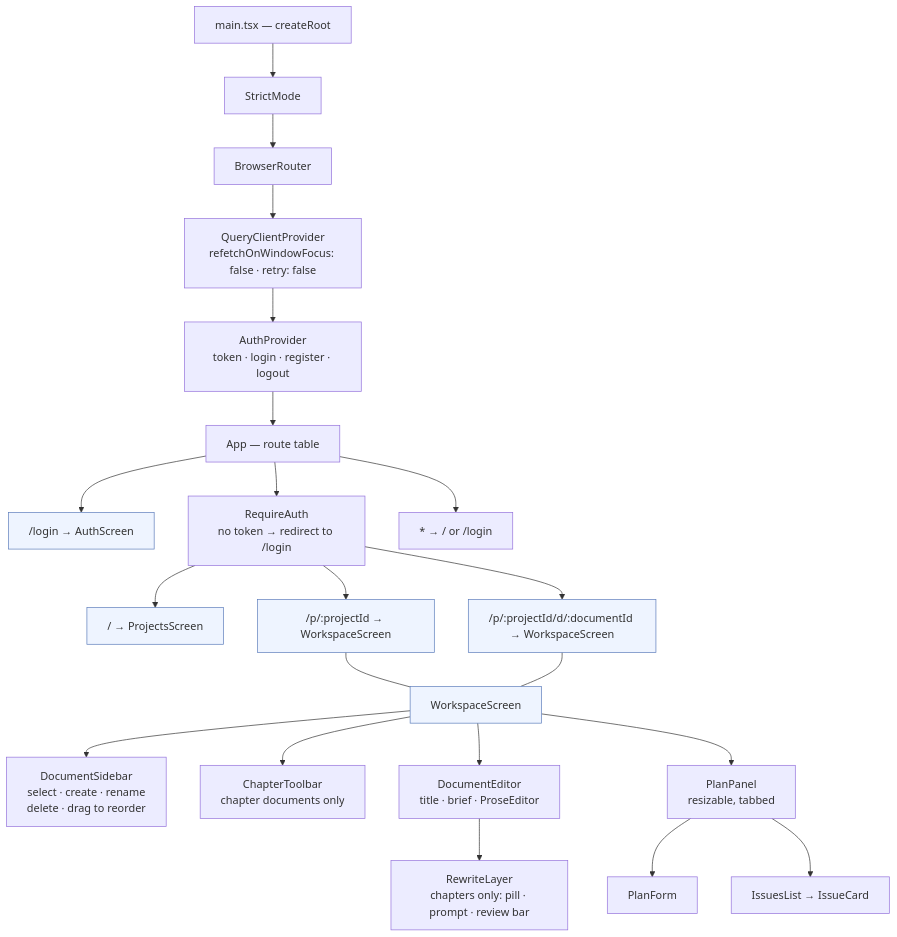
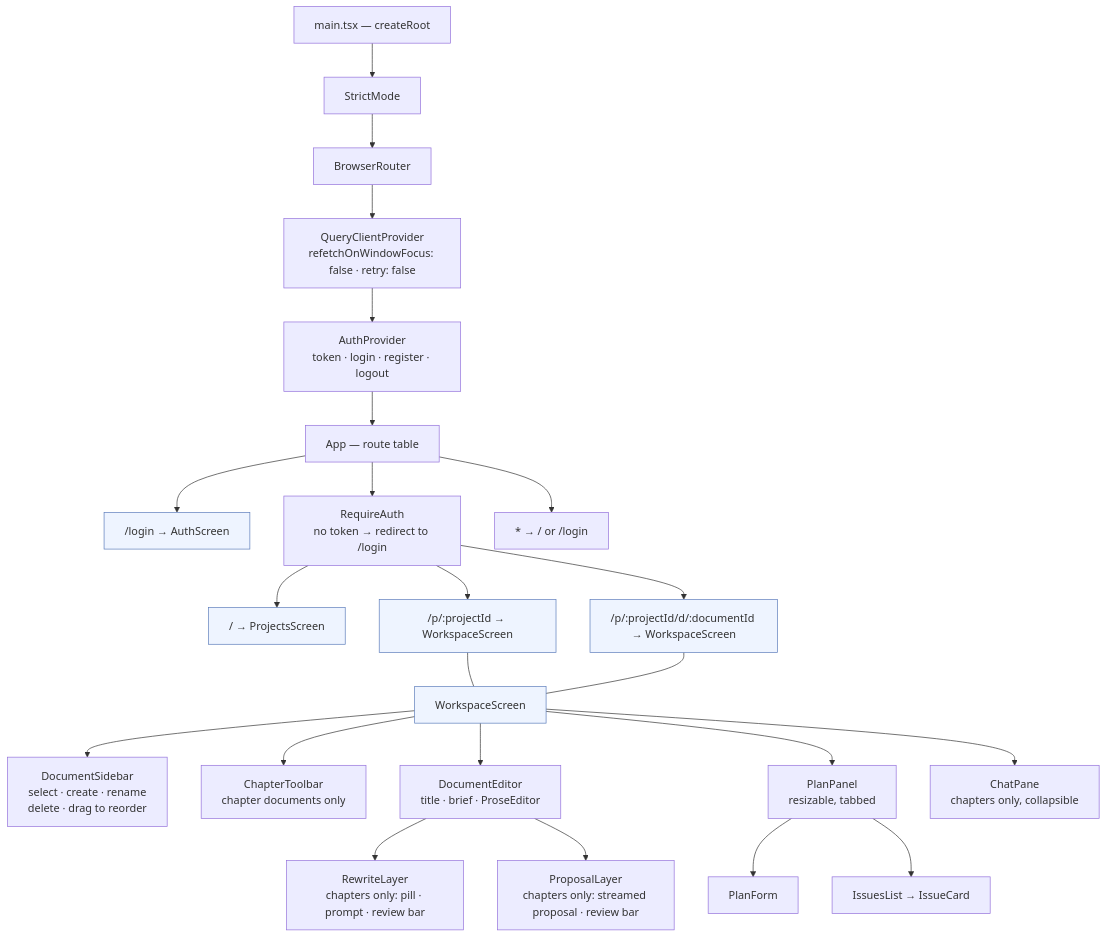
Before and after one commit to Akazz-L/maya: the first of 3 diagrams in docs/diagrams/04-frontend-architecture.md, drawn with Mermaid. The commit also changed other lines of this file and 52 other files, not shown here.

````diff
--- a/docs/diagrams/04-frontend-architecture.md
+++ b/docs/diagrams/04-frontend-architecture.md
@@ -8,29 +8,31 @@
 ```mermaid
 graph TD
     ROOT["main.tsx — createRoot"] --> SM["StrictMode"]
     SM --> BR["BrowserRouter"]
     BR --> QCP["QueryClientProvider<br/>refetchOnWindowFocus: false · retry: false"]
     QCP --> AP["AuthProvider<br/>token · login · register · logout"]
     AP --> APP["App — route table"]
 
     APP --> LOGIN["/login → AuthScreen"]
     APP --> GUARD["RequireAuth<br/>no token → redirect to /login"]
     APP --> CATCH["* → / or /login"]
 
     GUARD --> PROJ["/ → ProjectsScreen"]
     GUARD --> WS1["/p/:projectId → WorkspaceScreen"]
     GUARD --> WS2["/p/:projectId/d/:documentId → WorkspaceScreen"]
 
     WS1 --- WS["WorkspaceScreen"]
     WS2 --- WS
     WS --> SIDE["DocumentSidebar<br/>select · create · rename<br/>delete · drag to reorder"]
     WS --> TB["ChapterToolbar<br/>chapter documents only"]
     WS --> ED["DocumentEditor<br/>title · brief · ProseEditor"]
     ED --> RL["RewriteLayer<br/>chapters only: pill · prompt · review bar"]
+    ED --> PL["ProposalLayer<br/>chapters only: streamed proposal · review bar"]
     WS --> PP["PlanPanel<br/>resizable, tabbed"]
     PP --> PF["PlanForm"]
     PP --> IL["IssuesList → IssueCard"]
+    WS --> CP["ChatPane<br/>chapters only, collapsible"]
 
     classDef screen fill:#eef4ff,stroke:#5b7cba
     class LOGIN,PROJ,WS1,WS2,WS screen
 ```
````
